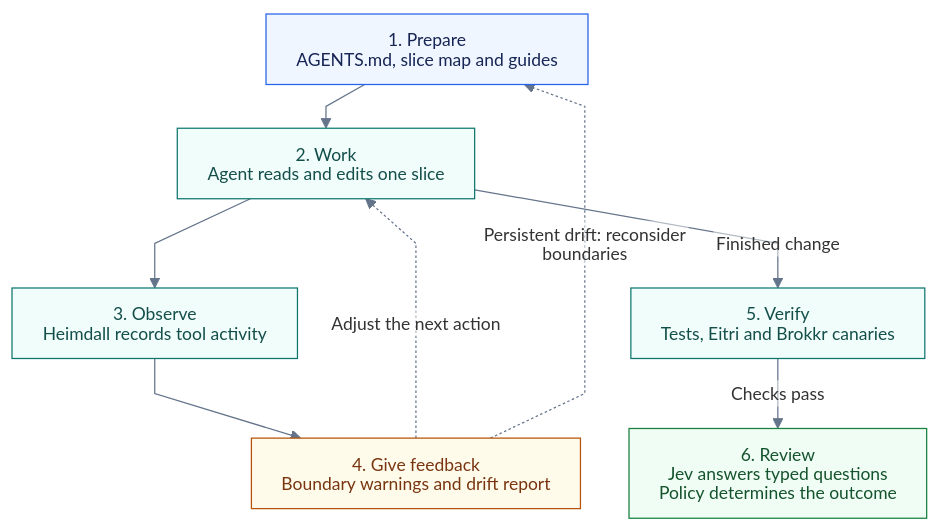
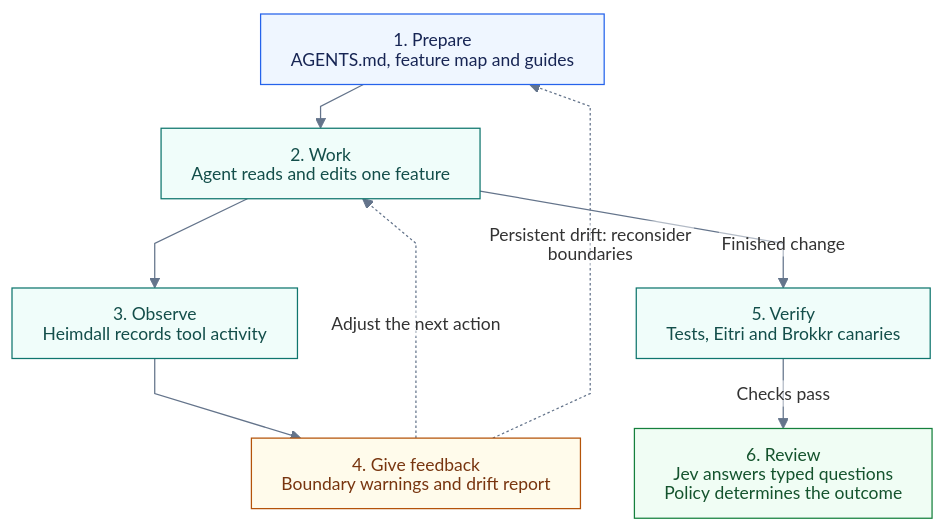
The diagram in docs/diagrams/harness.mmd (mrrasmussendk/pfa-api), drawn with Mermaid before and after one commit. The commit also changed 119 other files, not shown here.

```diff
--- a/docs/diagrams/harness.mmd
+++ b/docs/diagrams/harness.mmd
@@ -1,20 +1,20 @@
 %%{init: {"theme": "base", "themeVariables": {"fontFamily": "Arial, sans-serif", "fontSize": "14px", "lineColor": "#64748b", "edgeLabelBackground": "#ffffff", "clusterBkg": "#f8fafc", "clusterBorder": "#cbd5e1"}, "htmlLabels": false, "flowchart": {"htmlLabels": false, "curve": "linear", "nodeSpacing": 30, "rankSpacing": 35, "padding": 12, "wrappingWidth": 260}}}%%
 flowchart TB
     accTitle: The agent harness
     accDescr: Preparation guides the agent; observation feeds back into the work and the map. Finished changes pass deterministic checks and receive a separate Jev review.
-    map["1. Prepare<br/>AGENTS.md, slice map and guides"]:::input
-    work["2. Work<br/>Agent reads and edits one slice"]:::process
+    map["1. Prepare<br/>AGENTS.md, feature map and guides"]:::input
+    work["2. Work<br/>Agent reads and edits one feature"]:::process
     observe["3. Observe<br/>Heimdall records tool activity"]:::process
     feedback["4. Give feedback<br/>Boundary warnings and drift report"]:::decision
     checks["5. Verify<br/>Tests, Eitri and Brokkr canaries"]:::process
     review["6. Review<br/>Jev answers typed questions<br/>Policy determines the outcome"]:::output
     map --> work
     work --> observe --> feedback
     feedback -.->|Adjust the next action| work
     feedback -.->|Persistent drift: reconsider boundaries| map
     work -->|Finished change| checks
     checks -->|Checks pass| review
     classDef input fill:#eff6ff,stroke:#2563eb,color:#172554
     classDef process fill:#f0fdfa,stroke:#0f766e,color:#134e4a
     classDef decision fill:#fffbeb,stroke:#b45309,color:#78350f
     classDef output fill:#f0fdf4,stroke:#15803d,color:#14532d
```
